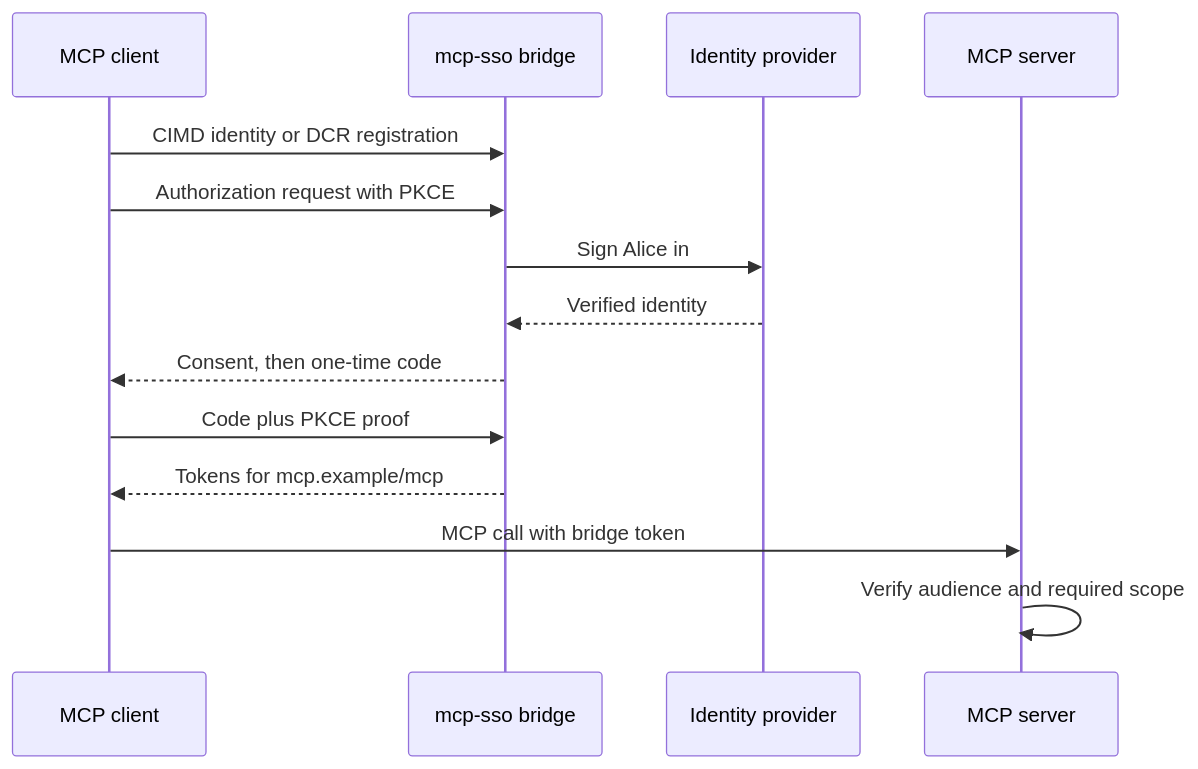
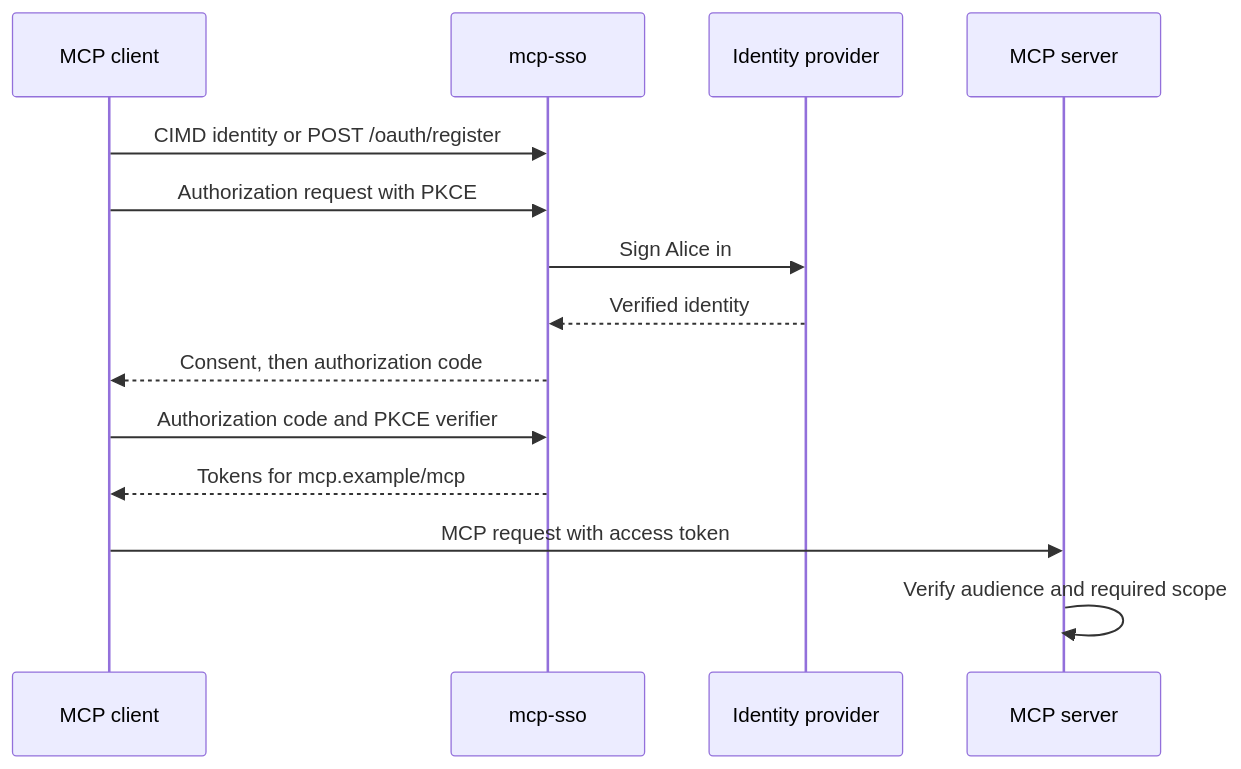
One commit to acartag7/mcp-sso changed the diagram in README.md. Above: the diagram before and after it, drawn with Mermaid. The commit also changed other lines of this file and 68 other files, not shown here.

````diff
--- a/README.md
+++ b/README.md
@@ -116,16 +62,16 @@
 ```mermaid
 sequenceDiagram
     participant C as MCP client
-    participant B as mcp-sso bridge
+    participant B as mcp-sso
     participant I as Identity provider
     participant S as MCP server
-    C->>B: CIMD identity or DCR registration
+    C->>B: CIMD identity or POST /oauth/register
     C->>B: Authorization request with PKCE
     B->>I: Sign Alice in
     I-->>B: Verified identity
-    B-->>C: Consent, then one-time code
-    C->>B: Code plus PKCE proof
+    B-->>C: Consent, then authorization code
+    C->>B: Authorization code and PKCE verifier
     B-->>C: Tokens for mcp.example/mcp
-    C->>S: MCP call with bridge token
+    C->>S: MCP request with access token
     S->>S: Verify audience and required scope
 ```
````
